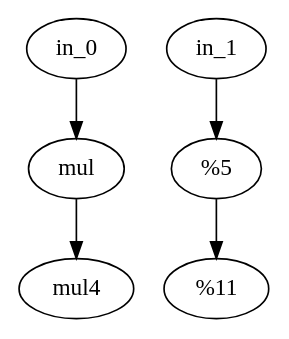
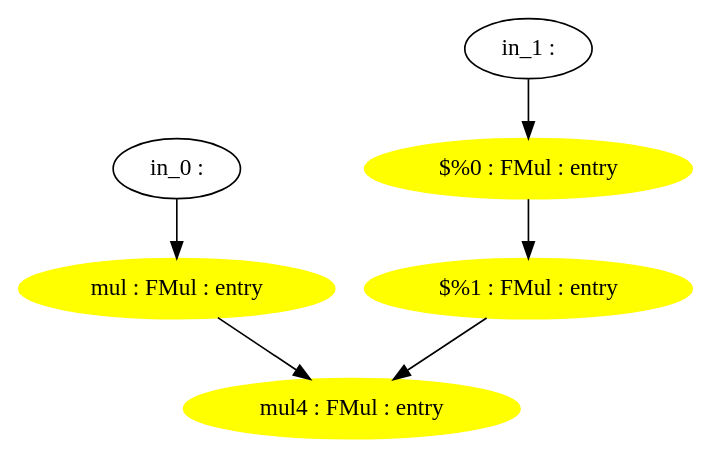
One commit to sfu-arch/Enzyme changed the diagram in enzyme/benchmarks/ode/forward.dot. Above: the diagram before and after it, drawn with Graphviz. The commit also changed 40 other files, not shown here.

```diff
--- a/enzyme/benchmarks/ode/forward.dot
+++ b/enzyme/benchmarks/ode/forward.dot
@@ -1,6 +1,11 @@
 digraph G {
-		"in_0" -> "mul"
-		"in_1" -> "%0"
-		"mul" -> "mul4"
-		"%0" -> "%1"
+		"in_0 : " -> "mul : FMul : entry" 
+		"in_1 : " -> "$%0 : FMul : entry" 
+		"mul : FMul : entry" [color = yellow style=filled];
+		"mul : FMul : entry" -> "mul4 : FMul : entry" 
+		"$%0 : FMul : entry" [color = yellow style=filled];
+		"$%0 : FMul : entry" -> "$%1 : FMul : entry" 
+		"$%1 : FMul : entry" [color = yellow style=filled];
+		"$%1 : FMul : entry" -> "mul4 : FMul : entry" 
+		"mul4 : FMul : entry" [color = yellow style=filled];
 }
```
